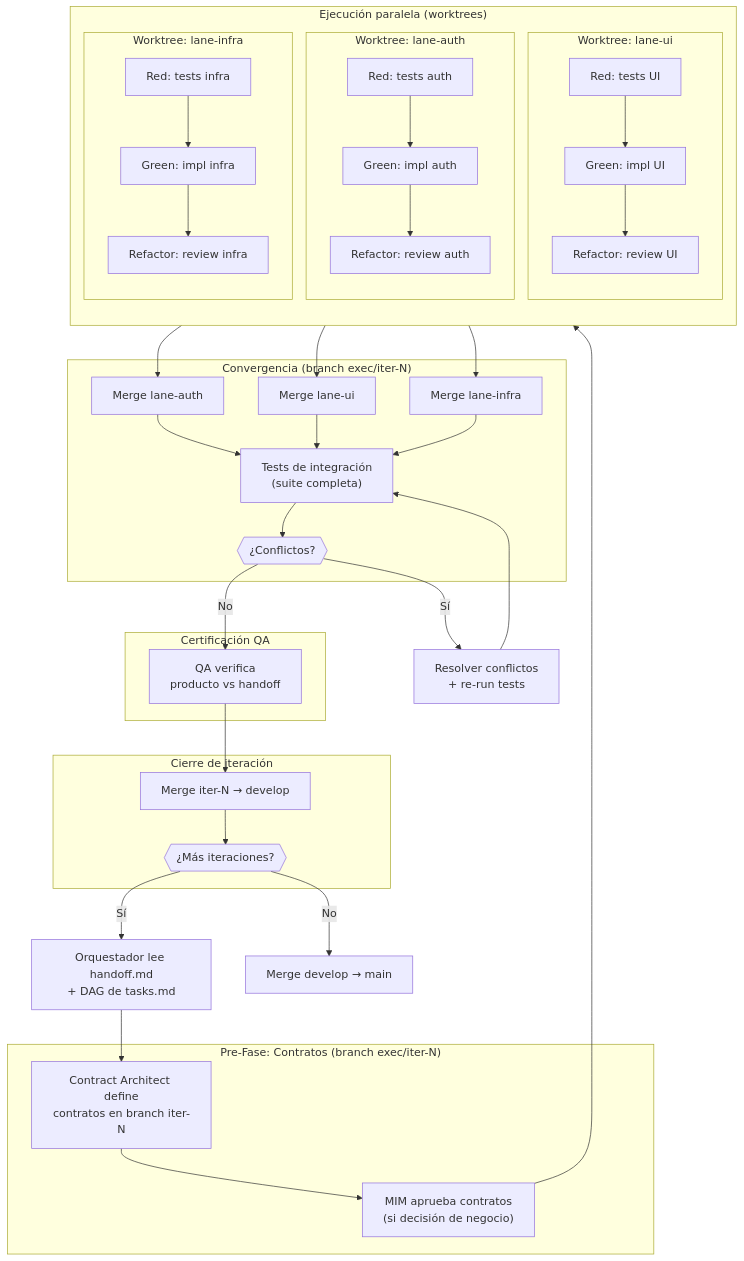
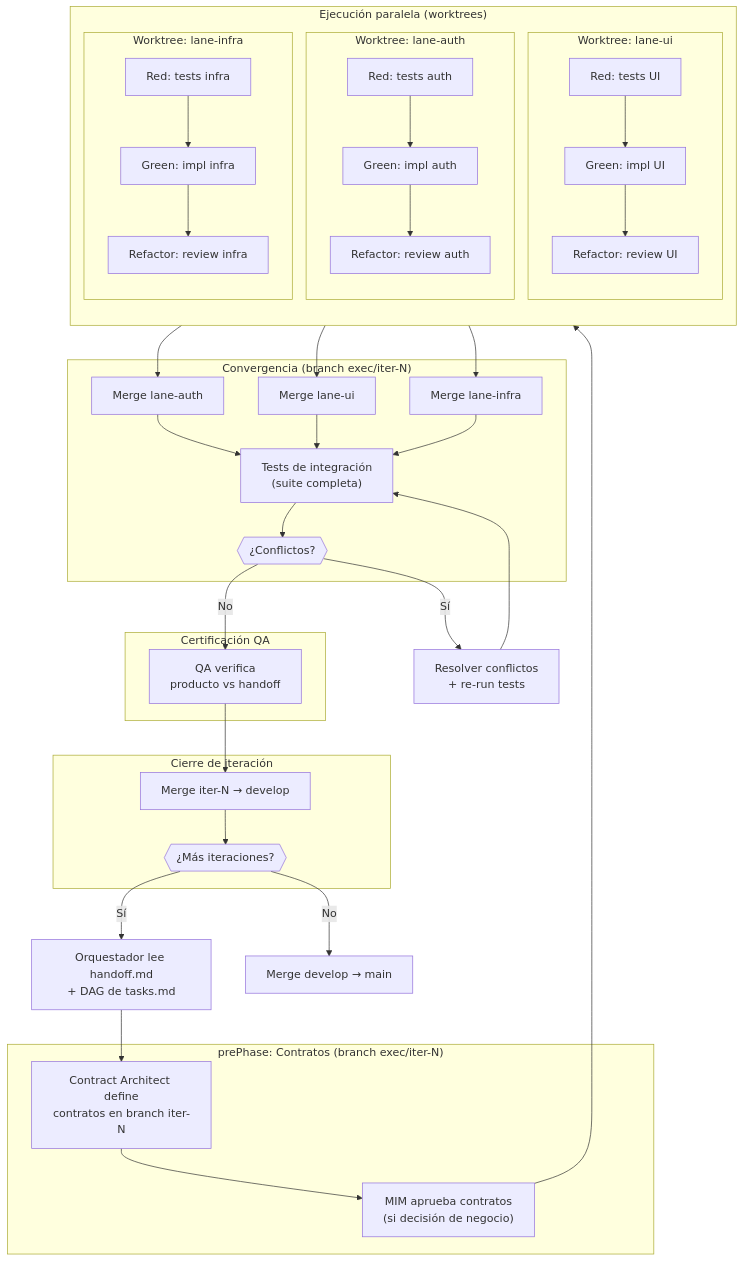
One commit to virgenherrera/idea-to-mvp changed the fifth of 7 diagrams in docs/execution/git-strategy.md. Above: the diagram before and after it, drawn with Mermaid. The commit also changed other lines of this file and 30 other files, not shown here.

````diff
--- a/docs/execution/git-strategy.md
+++ b/docs/execution/git-strategy.md
@@ -262,73 +280,73 @@
 ```mermaid
 flowchart TD
     START["Orquestador lee handoff.md\n+ DAG de tasks.md"]
 
-    subgraph PREFASE["Pre-Fase: Contratos (branch exec/iter-N)"]
+    subgraph PREFASE["prePhase: Contratos (branch exec/iter-N)"]
         C1["Contract Architect define\ncontratos en branch iter-N"]
         C2["MIM aprueba contratos\n(si decisión de negocio)"]
     end
 
     subgraph PARALLEL["Ejecución paralela (worktrees)"]
         direction TB
 
         subgraph LA["Worktree: lane-auth"]
             LA_R["Red: tests auth"]
             LA_G["Green: impl auth"]
             LA_RF["Refactor: review auth"]
             LA_R --> LA_G --> LA_RF
         end
 
         subgraph LB["Worktree: lane-ui"]
             LB_R["Red: tests UI"]
             LB_G["Green: impl UI"]
             LB_RF["Refactor: review UI"]
             LB_R --> LB_G --> LB_RF
         end
 
         subgraph LC["Worktree: lane-infra"]
             LC_R["Red: tests infra"]
             LC_G["Green: impl infra"]
             LC_RF["Refactor: review infra"]
             LC_R --> LC_G --> LC_RF
         end
     end
 
     subgraph CONVERGE["Convergencia (branch exec/iter-N)"]
         MERGE_A["Merge lane-auth"]
         MERGE_B["Merge lane-ui"]
         MERGE_C["Merge lane-infra"]
         INT_TEST["Tests de integración\n(suite completa)"]
         RESOLVE{{"¿Conflictos?"}}
     end
 
     subgraph ACCEPT["Certificación QA"]
         QA_CHECK["QA verifica\nproducto vs handoff"]
     end
 
     subgraph CLOSE["Cierre de iteración"]
         MERGE_DEV["Merge iter-N → develop"]
         NEXT{{"¿Más iteraciones?"}}
     end
 
     START --> C1
     C1 --> C2
     C2 --> PARALLEL
 
     LA_RF --> MERGE_A
     LB_RF --> MERGE_B
     LC_RF --> MERGE_C
 
     MERGE_A --> INT_TEST
     MERGE_B --> INT_TEST
     MERGE_C --> INT_TEST
 
     INT_TEST --> RESOLVE
     RESOLVE -->|"No"| QA_CHECK
     RESOLVE -->|"Sí"| FIX["Resolver conflictos\n+ re-run tests"]
     FIX --> INT_TEST
 
     QA_CHECK --> MERGE_DEV
     MERGE_DEV --> NEXT
     NEXT -->|"Sí"| START
     NEXT -->|"No"| RELEASE["Merge develop → main"]
 ```
````
